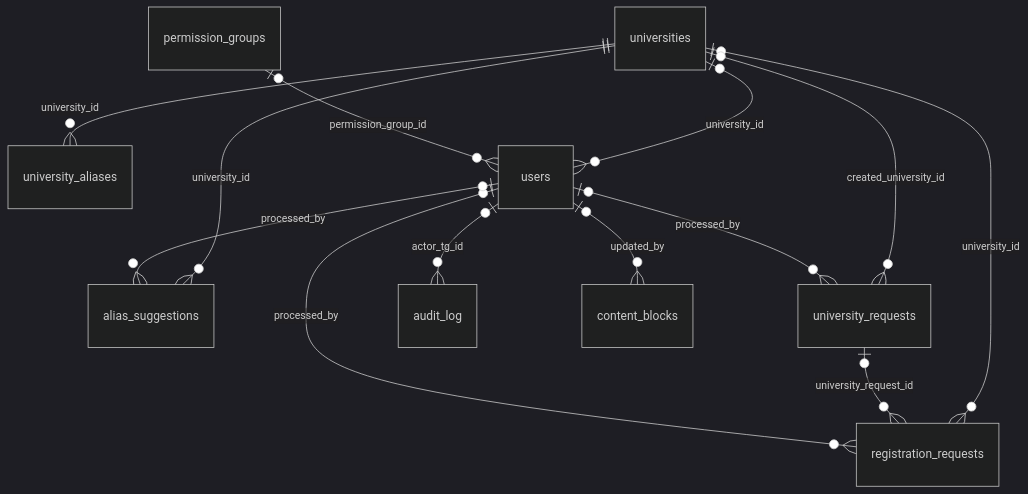
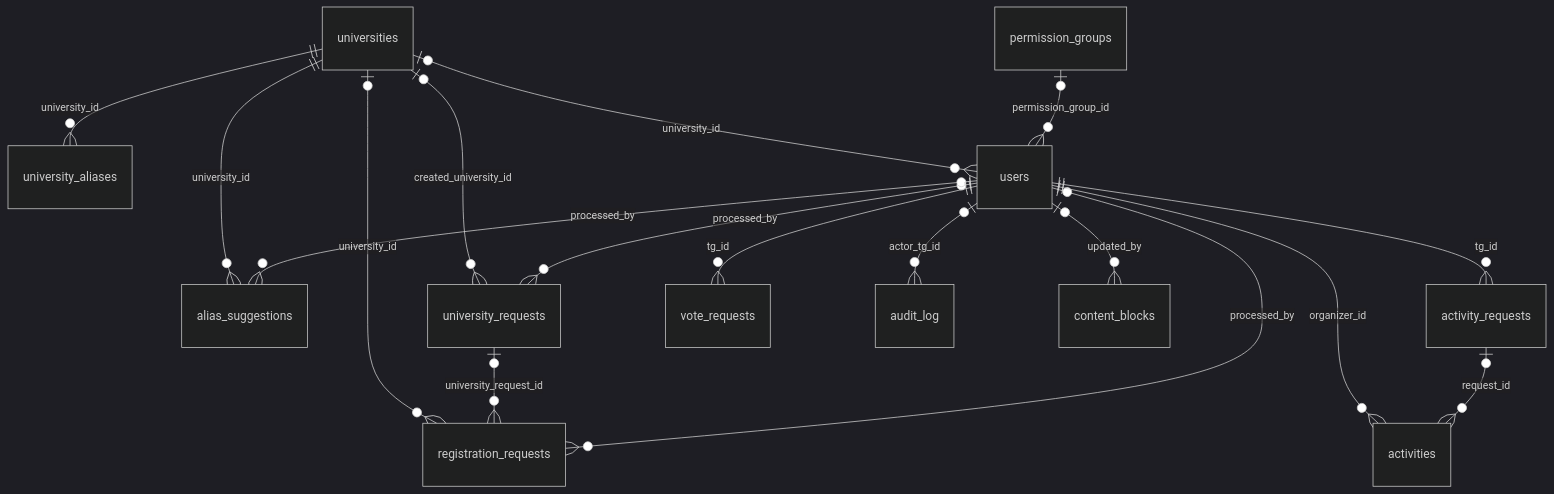
One commit to ArdenKayr/TTC changed the diagram in docs/DATABASE.md. Above: the diagram before and after it, drawn with Mermaid (dark theme). The commit also changed other lines of this file and 19 other files, not shown here.

````diff
--- a/docs/DATABASE.md
+++ b/docs/DATABASE.md
@@ -44,15 +48,19 @@
 ```mermaid
 erDiagram
     universities ||--o{ university_aliases : "university_id"
     universities ||--o{ alias_suggestions : "university_id"
     universities |o--o{ users : "university_id"
     universities |o--o{ registration_requests : "university_id"
     universities |o--o{ university_requests : "created_university_id"
     university_requests |o--o{ registration_requests : "university_request_id"
     permission_groups |o--o{ users : "permission_group_id"
     users |o--o{ registration_requests : "processed_by"
     users |o--o{ university_requests : "processed_by"
     users |o--o{ alias_suggestions : "processed_by"
+    users ||--o{ activity_requests : "tg_id"
+    users ||--o{ activities : "organizer_id"
+    users ||--o{ vote_requests : "tg_id"
+    activity_requests |o--o{ activities : "request_id"
     users |o--o{ audit_log : "actor_tg_id"
     users |o--o{ content_blocks : "updated_by"
 ```
````
